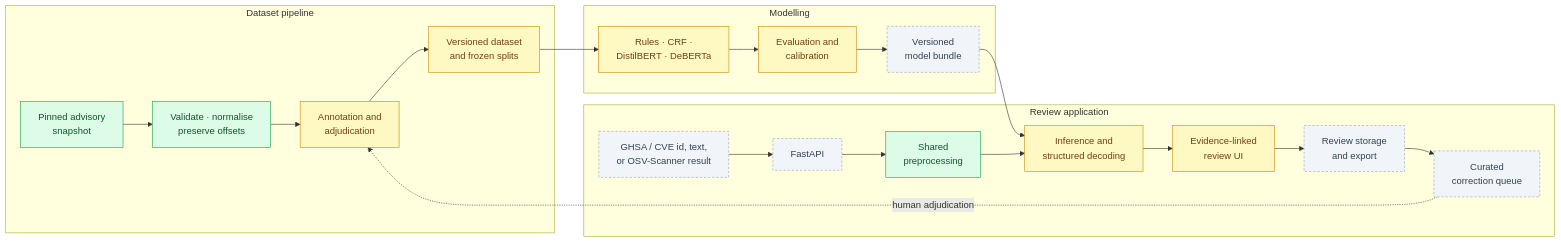
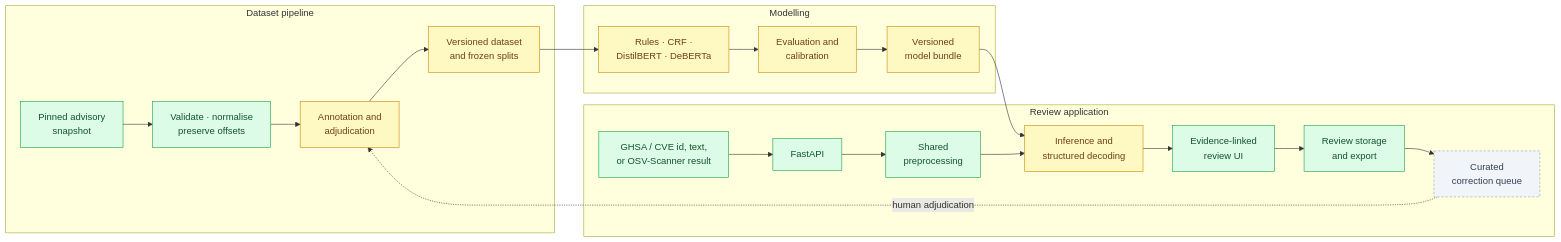
One commit to professor3333/TriggerMap changed the diagram in README.md. Above: the diagram before and after it, drawn with Mermaid. The commit also changed other lines of this file and 20 other files, not shown here.

````diff
--- a/README.md
+++ b/README.md
@@ -32,30 +32,30 @@
 ```mermaid
 flowchart LR
     subgraph Data["Dataset pipeline"]
         A[Pinned advisory<br>snapshot] --> B[Validate · normalise<br>preserve offsets]
         B --> C[Annotation and<br>adjudication]
         C --> D[Versioned dataset<br>and frozen splits]
     end
     subgraph Models["Modelling"]
         D --> E[Rules · CRF ·<br>DistilBERT · DeBERTa]
         E --> F[Evaluation and<br>calibration]
         F --> G[Versioned<br>model bundle]
     end
     subgraph Serving["Review application"]
         H[GHSA / CVE id, text,<br>or OSV-Scanner result] --> I[FastAPI]
         I --> J[Shared<br>preprocessing]
         J --> K[Inference and<br>structured decoding]
         G --> K
         K --> L[Evidence-linked<br>review UI]
         L --> M[Review storage<br>and export]
         M --> N[Curated<br>correction queue]
     end
     N -. human adjudication .-> C
 
     classDef done fill:#dcfce7,stroke:#16a34a,color:#14532d
     classDef progress fill:#fef9c3,stroke:#ca8a04,color:#713f12
     classDef planned fill:#f1f5f9,stroke:#94a3b8,color:#334155,stroke-dasharray:4 3
-    class A,B,J done
-    class C,D,E,F,K,L progress
-    class G,H,I,M,N planned
+    class A,B,H,I,J,L,M done
+    class C,D,E,F,G,K progress
+    class N planned
 ```
````
